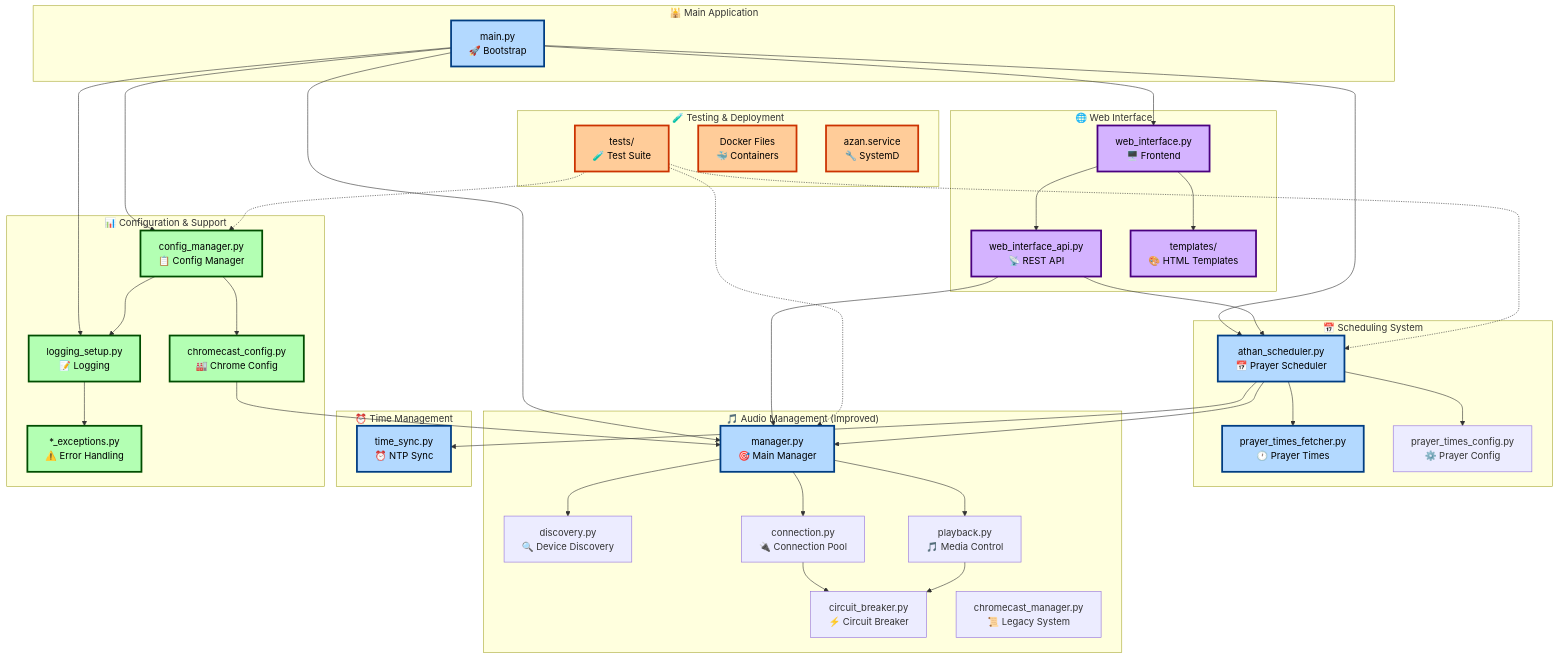
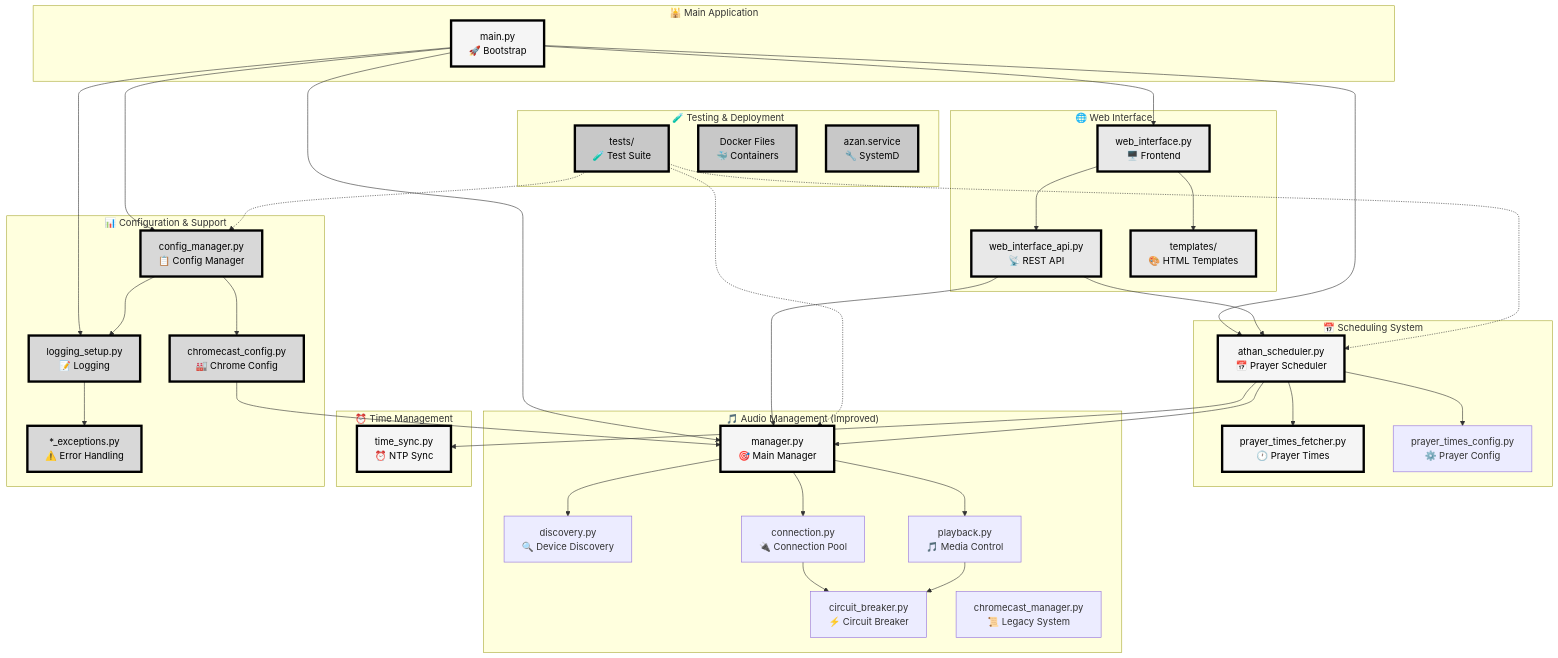
The second of 5 diagrams in ARCHITECTURE_MINDMAP.md (shenhab/Automated-Azan), drawn with Mermaid before and after one commit. The commit also changed other lines of this file, not shown here.

```diff
--- a/ARCHITECTURE_MINDMAP.md
+++ b/ARCHITECTURE_MINDMAP.md
@@ -191,11 +191,11 @@
     TESTS -.-> SCHED
     TESTS -.-> CONFIG
 
-    %% Light/Dark mode compatible styling
-    classDef coreModule fill:#b3d9ff,stroke:#003d82,stroke-width:3px,color:#000000
-    classDef webModule fill:#d4b3ff,stroke:#4a0080,stroke-width:3px,color:#000000
-    classDef configModule fill:#b3ffb3,stroke:#004d00,stroke-width:3px,color:#000000
-    classDef devModule fill:#ffcc99,stroke:#cc3300,stroke-width:3px,color:#000000
+    %% Color blind accessible high contrast styling
+    classDef coreModule fill:#f5f5f5,stroke:#000000,stroke-width:4px,color:#000000
+    classDef webModule fill:#e8e8e8,stroke:#000000,stroke-width:4px,color:#000000
+    classDef configModule fill:#d8d8d8,stroke:#000000,stroke-width:4px,color:#000000
+    classDef devModule fill:#c8c8c8,stroke:#000000,stroke-width:4px,color:#000000
 
     class MAIN,SCHED,MANAGER,TIMESYNC,PRAYER coreModule
     class WEB,API,TEMPLATES webModule
```
